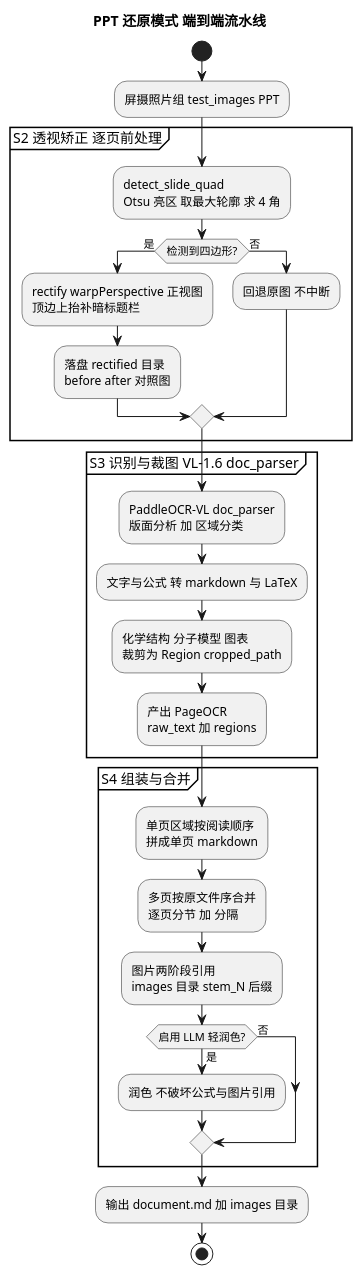
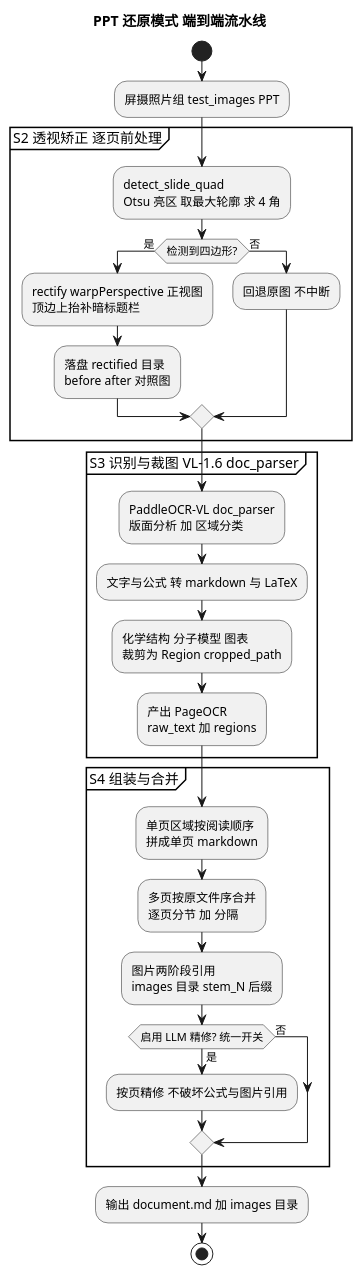
One commit to lyty1997/DocRestore changed the second of 2 diagrams in docs/zh/ppt-mode.md. Above: the diagram before and after it, drawn with PlantUML. The commit also changed other lines of this file and 17 other files, not shown here.

First line of the commit message:
feat(core): 统一 LLM 精修开关 + PPT 按页精修，并修复 PPT 还原 4 项 review bug

````diff
--- a/docs/zh/ppt-mode.md
+++ b/docs/zh/ppt-mode.md
@@ -106,38 +107,38 @@
 ```plantuml
 @startuml
 title PPT 还原模式 端到端流水线
 
 start
 :屏摄照片组 test_images PPT;
 
 partition "S2 透视矫正 逐页前处理" {
   :detect_slide_quad\nOtsu 亮区 取最大轮廓 求 4 角;
   if (检测到四边形?) then (是)
     :rectify warpPerspective 正视图\n顶边上抬补暗标题栏;
     :落盘 rectified 目录\nbefore after 对照图;
   else (否)
     :回退原图 不中断;
   endif
 }
 
 partition "S3 识别与裁图 VL-1.6 doc_parser" {
   :PaddleOCR-VL doc_parser\n版面分析 加 区域分类;
   :文字与公式 转 markdown 与 LaTeX;
   :化学结构 分子模型 图表\n裁剪为 Region cropped_path;
   :产出 PageOCR\nraw_text 加 regions;
 }
 
 partition "S4 组装与合并" {
   :单页区域按阅读顺序\n拼成单页 markdown;
   :多页按原文件序合并\n逐页分节 加 分隔;
   :图片两阶段引用\nimages 目录 stem_N 后缀;
-  if (启用 LLM 轻润色?) then (是)
-    :润色 不破坏公式与图片引用;
+  if (启用 LLM 精修? 统一开关) then (是)
+    :按页精修 不破坏公式与图片引用;
   else (否)
   endif
 }
 
 :输出 document.md 加 images 目录;
 stop
 @enduml
 ```
````
